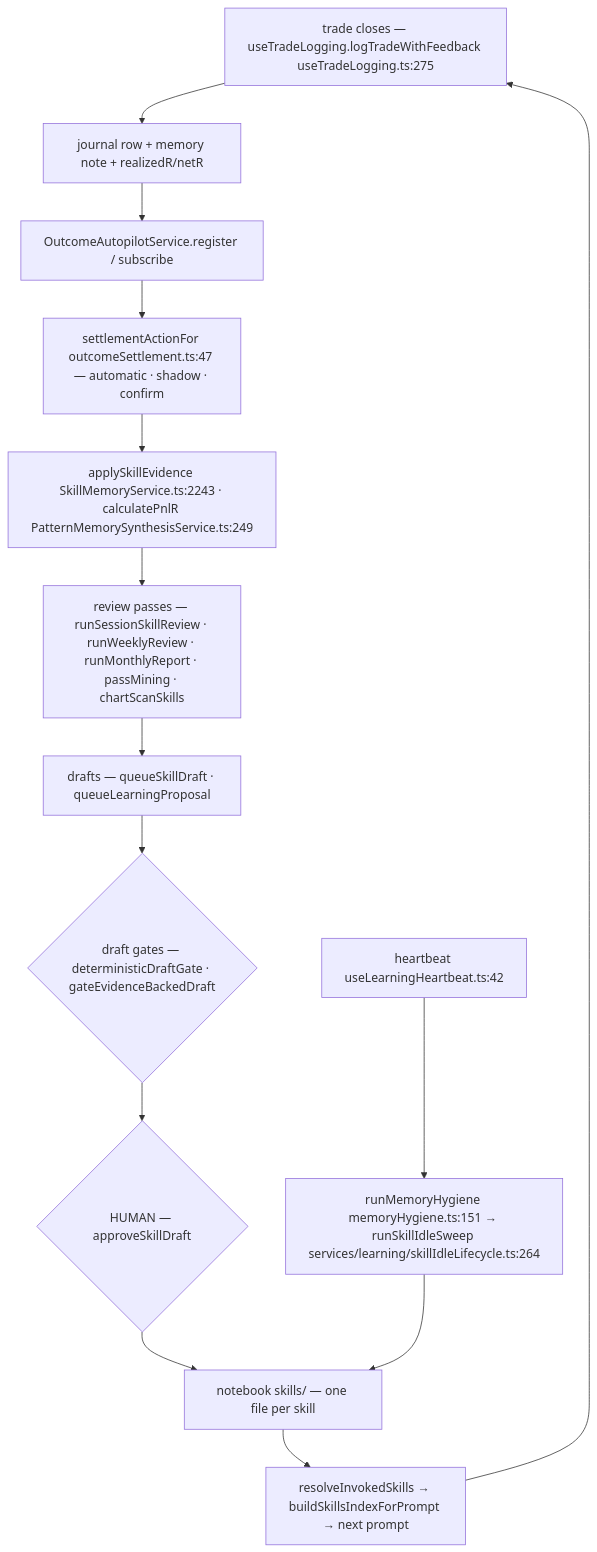
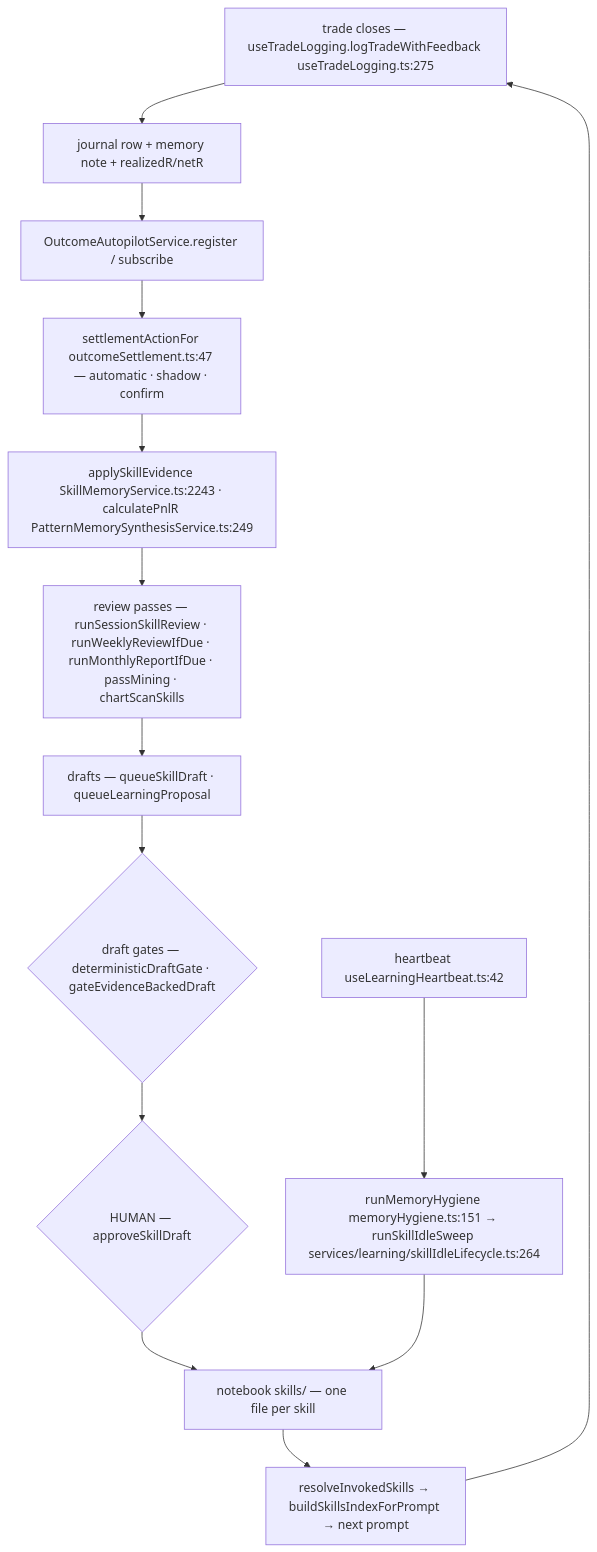
The eighth of 8 diagrams in docs/app-flow.md (Acepay25/august-3.5), drawn with Mermaid before and after one commit. The commit also changed other lines of this file and 1 other file, not shown here.

````diff
--- a/docs/app-flow.md
+++ b/docs/app-flow.md
@@ -737,16 +744,16 @@
 ```mermaid
 flowchart TD
     T["trade closes — useTradeLogging.logTradeWithFeedback useTradeLogging.ts:275"] --> J["journal row + memory note + realizedR/netR"]
     J --> A["OutcomeAutopilotService.register / subscribe"]
     A --> S["settlementActionFor outcomeSettlement.ts:47 — automatic · shadow · confirm"]
     S --> E["applySkillEvidence SkillMemoryService.ts:2243 · calculatePnlR PatternMemorySynthesisService.ts:249"]
-    E --> R["review passes — runSessionSkillReview · runWeeklyReview · runMonthlyReport · passMining · chartScanSkills"]
+    E --> R["review passes — runSessionSkillReview · runWeeklyReviewIfDue · runMonthlyReportIfDue · passMining · chartScanSkills"]
     R --> D["drafts — queueSkillDraft · queueLearningProposal"]
     D --> G{"draft gates — deterministicDraftGate · gateEvidenceBackedDraft"}
     G --> H{"HUMAN — approveSkillDraft"}
     H --> N["notebook skills/ — one file per skill"]
     N --> I["resolveInvokedSkills → buildSkillsIndexForPrompt → next prompt"]
     I --> T
     X["heartbeat useLearningHeartbeat.ts:42"] --> Y["runMemoryHygiene memoryHygiene.ts:151 → runSkillIdleSweep services/learning/skillIdleLifecycle.ts:264"]
     Y --> N
 ```
````
